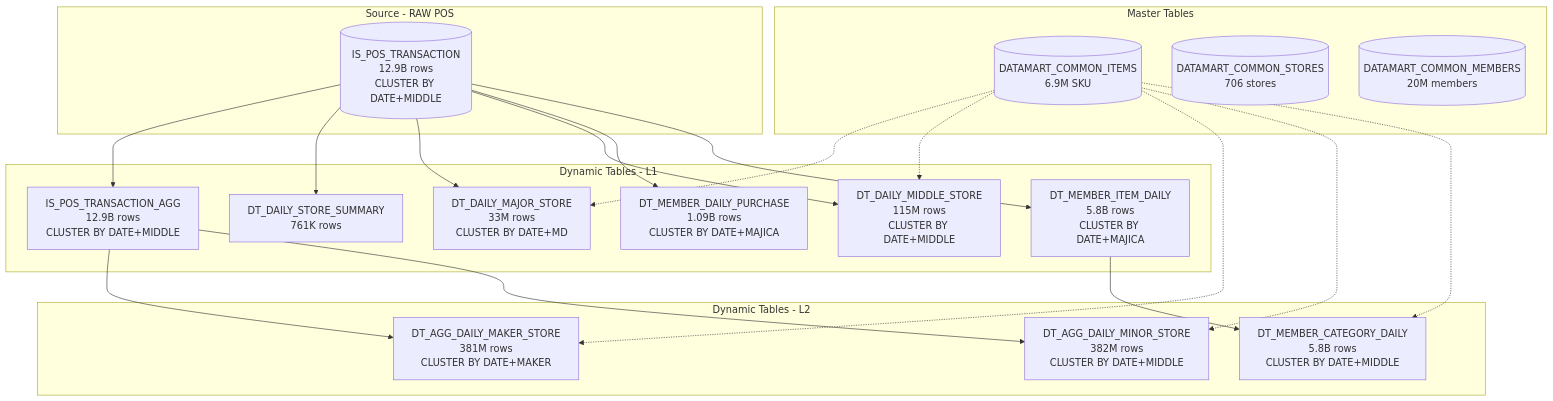
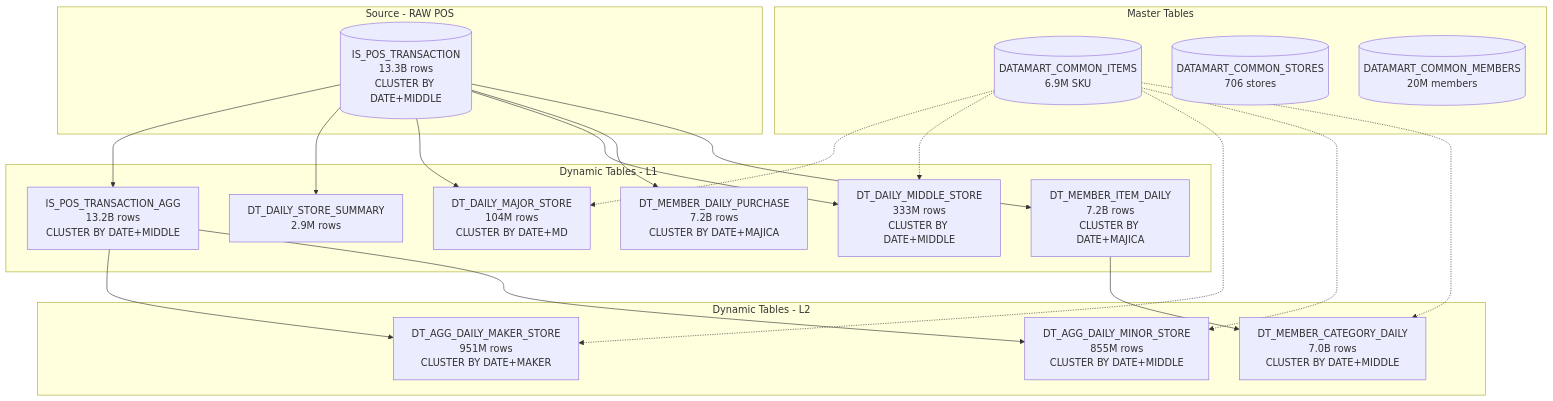
Before and after one commit to hwatari-snow/datacompass_pro: the diagram in docs/data-summary.md, drawn with Mermaid. The commit also changed other lines of this file and 1 other file, not shown here.

First line of the commit message:
docs: update data-summary for category-targeted POS regen

````diff
--- a/docs/data-summary.md
+++ b/docs/data-summary.md
@@ -18,42 +19,42 @@
 ```mermaid
 flowchart TD
     subgraph master [Master Tables]
         ITEMS[(DATAMART_COMMON_ITEMS\n6.9M SKU)]
         STORES[(DATAMART_COMMON_STORES\n706 stores)]
         MEMBERS[(DATAMART_COMMON_MEMBERS\n20M members)]
     end
 
     subgraph raw [Source - RAW POS]
-        FACT[(IS_POS_TRANSACTION\n12.9B rows\nCLUSTER BY DATE+MIDDLE)]
+        FACT[(IS_POS_TRANSACTION\n13.3B rows\nCLUSTER BY DATE+MIDDLE)]
     end
 
     subgraph dtL1 [Dynamic Tables - L1]
-        AGG[IS_POS_TRANSACTION_AGG\n12.9B rows\nCLUSTER BY DATE+MIDDLE]
-        DT_STORE[DT_DAILY_STORE_SUMMARY\n761K rows]
-        DT_MAJOR[DT_DAILY_MAJOR_STORE\n33M rows\nCLUSTER BY DATE+MD]
-        DT_MIDDLE[DT_DAILY_MIDDLE_STORE\n115M rows\nCLUSTER BY DATE+MIDDLE]
-        DT_MDP[DT_MEMBER_DAILY_PURCHASE\n1.09B rows\nCLUSTER BY DATE+MAJICA]
-        DT_MID[DT_MEMBER_ITEM_DAILY\n5.8B rows\nCLUSTER BY DATE+MAJICA]
+        AGG[IS_POS_TRANSACTION_AGG\n13.2B rows\nCLUSTER BY DATE+MIDDLE]
+        DT_STORE[DT_DAILY_STORE_SUMMARY\n2.9M rows]
+        DT_MAJOR[DT_DAILY_MAJOR_STORE\n104M rows\nCLUSTER BY DATE+MD]
+        DT_MIDDLE[DT_DAILY_MIDDLE_STORE\n333M rows\nCLUSTER BY DATE+MIDDLE]
+        DT_MDP[DT_MEMBER_DAILY_PURCHASE\n7.2B rows\nCLUSTER BY DATE+MAJICA]
+        DT_MID[DT_MEMBER_ITEM_DAILY\n7.2B rows\nCLUSTER BY DATE+MAJICA]
     end
 
     subgraph dtL2 [Dynamic Tables - L2]
-        DT_MAKER[DT_AGG_DAILY_MAKER_STORE\n381M rows\nCLUSTER BY DATE+MAKER]
-        DT_MINOR[DT_AGG_DAILY_MINOR_STORE\n382M rows\nCLUSTER BY DATE+MIDDLE]
-        DT_MCAT[DT_MEMBER_CATEGORY_DAILY\n5.8B rows\nCLUSTER BY DATE+MIDDLE]
+        DT_MAKER[DT_AGG_DAILY_MAKER_STORE\n951M rows\nCLUSTER BY DATE+MAKER]
+        DT_MINOR[DT_AGG_DAILY_MINOR_STORE\n855M rows\nCLUSTER BY DATE+MIDDLE]
+        DT_MCAT[DT_MEMBER_CATEGORY_DAILY\n7.0B rows\nCLUSTER BY DATE+MIDDLE]
     end
 
     FACT --> AGG
     FACT --> DT_STORE
     FACT --> DT_MAJOR
     FACT --> DT_MIDDLE
     FACT --> DT_MDP
     FACT --> DT_MID
     AGG --> DT_MAKER
     AGG --> DT_MINOR
     DT_MID --> DT_MCAT
     ITEMS -.-> DT_MAJOR
     ITEMS -.-> DT_MIDDLE
     ITEMS -.-> DT_MAKER
     ITEMS -.-> DT_MINOR
     ITEMS -.-> DT_MCAT
 ```
````
